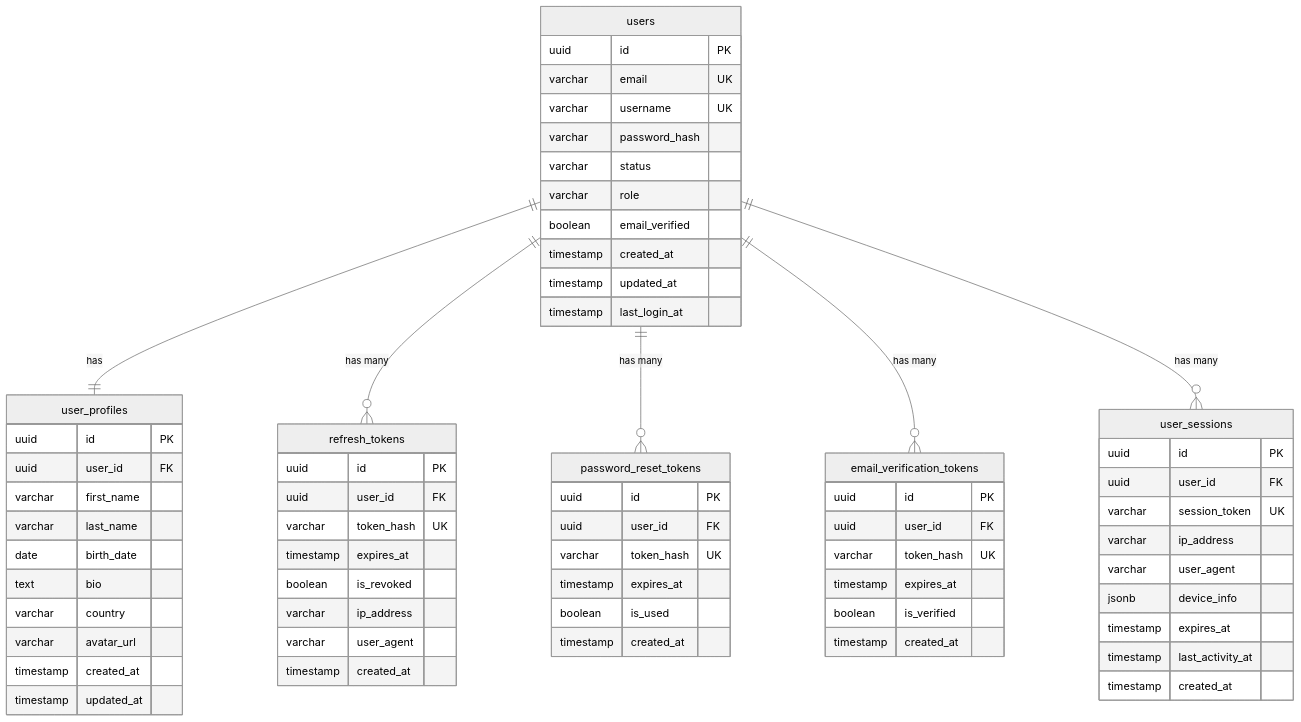
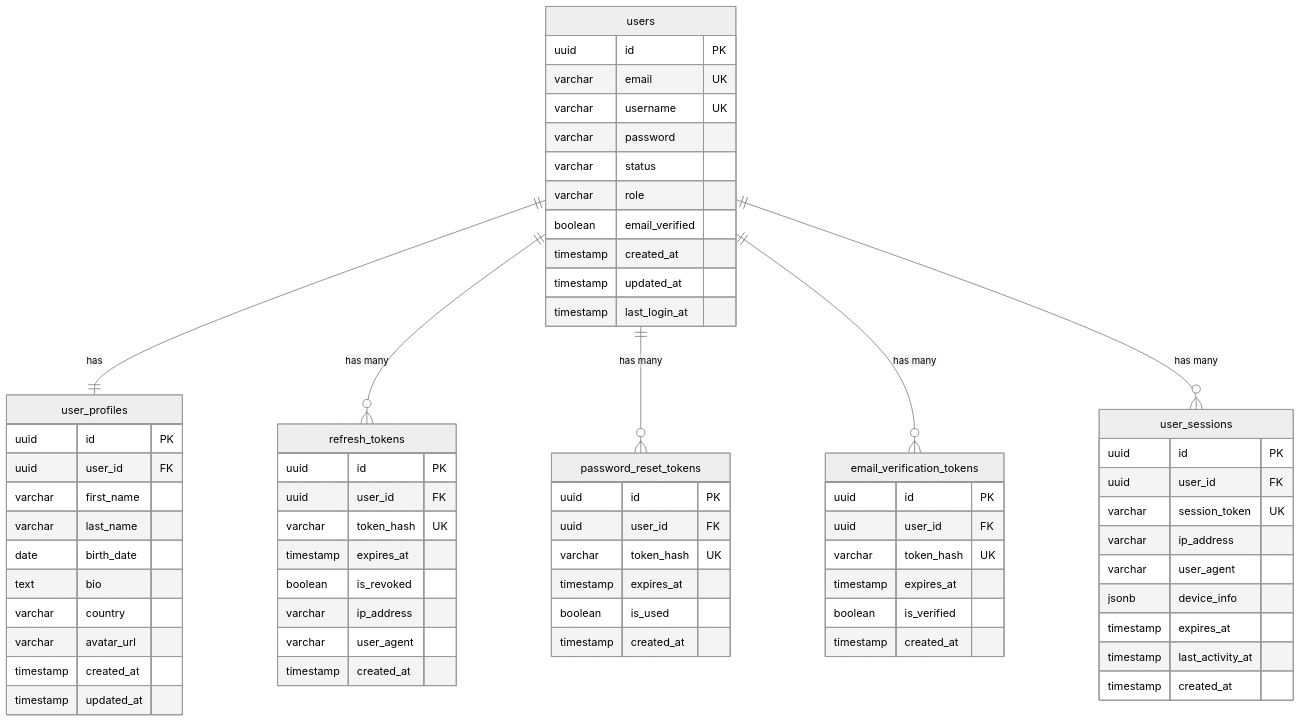
One commit to huy1235588/ECommerce changed the diagram in docs/03-backend/database/schemas/user-service-db.md. Above: the diagram before and after it, drawn with Mermaid (neutral theme). The commit also changed other lines of this file and 15 other files, not shown here.

First line of the commit message:
feat: Add initial user service schema migration with tables, indexes, constraints, functions, triggers, and views

````diff
--- a/docs/03-backend/database/schemas/user-service-db.md
+++ b/docs/03-backend/database/schemas/user-service-db.md
@@ -30,75 +30,75 @@
 ```mermaid
 erDiagram
     users {
         uuid id PK
         varchar email UK
         varchar username UK
-        varchar password_hash
+        varchar password
         varchar status
         varchar role
         boolean email_verified
         timestamp created_at
         timestamp updated_at
         timestamp last_login_at
     }
 
     user_profiles {
         uuid id PK
         uuid user_id FK
         varchar first_name
         varchar last_name
         date birth_date
         text bio
         varchar country
         varchar avatar_url
         timestamp created_at
         timestamp updated_at
     }
 
     refresh_tokens {
         uuid id PK
         uuid user_id FK
         varchar token_hash UK
         timestamp expires_at
         boolean is_revoked
         varchar ip_address
         varchar user_agent
         timestamp created_at
     }
 
     password_reset_tokens {
         uuid id PK
         uuid user_id FK
         varchar token_hash UK
         timestamp expires_at
         boolean is_used
         timestamp created_at
     }
 
     email_verification_tokens {
         uuid id PK
         uuid user_id FK
         varchar token_hash UK
         timestamp expires_at
         boolean is_verified
         timestamp created_at
     }
 
     user_sessions {
         uuid id PK
         uuid user_id FK
         varchar session_token UK
         varchar ip_address
         varchar user_agent
         jsonb device_info
         timestamp expires_at
         timestamp last_activity_at
         timestamp created_at
     }
 
     users ||--|| user_profiles : "has"
     users ||--o{ refresh_tokens : "has many"
     users ||--o{ password_reset_tokens : "has many"
     users ||--o{ email_verification_tokens : "has many"
     users ||--o{ user_sessions : "has many"
 ```
````
